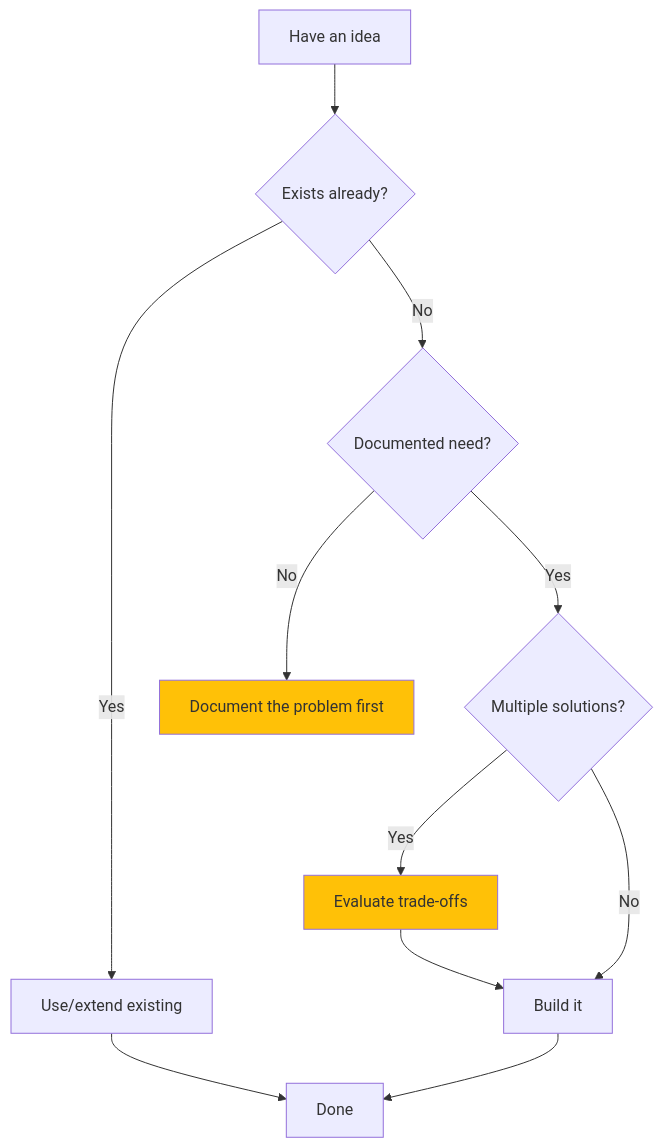
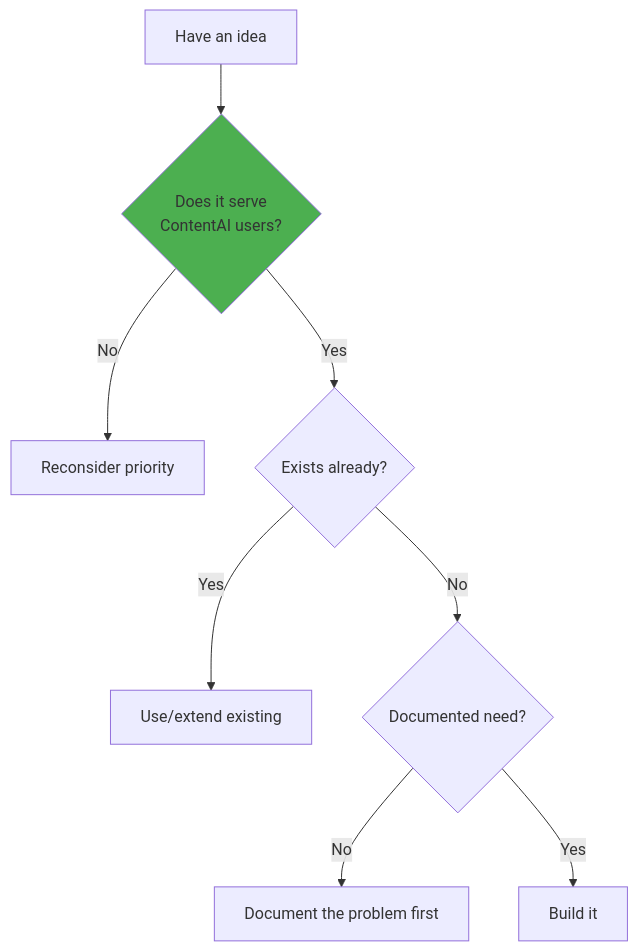
One commit to PearlThoughtsInternship/Internship-Obsidian-Vault changed the fifth of 9 diagrams in DevOps/04-Internship/04-Your-Role.md. Above: the diagram before and after it, drawn with Mermaid. The commit also changed other lines of this file and 4 other files, not shown here.

````diff
--- a/DevOps/04-Internship/04-Your-Role.md
+++ b/DevOps/04-Internship/04-Your-Role.md
@@ -215,16 +183,12 @@
 ```mermaid
 flowchart TD
-    A["Have an idea"] --> B{"Exists already?"}
-    B -->|"Yes"| C["Use/extend existing"]
-    B -->|"No"| D{"Documented need?"}
-    D -->|"No"| E["Document the problem first"]
-    D -->|"Yes"| F{"Multiple solutions?"}
-    F -->|"Yes"| G["Evaluate trade-offs"]
-    F -->|"No"| H["Build it"]
-    G --> H
-    C --> I["Done"]
-    H --> I
+    A["Have an idea"] --> B{"Does it serve<br/>ContentAI users?"}
+    B -->|"No"| C["Reconsider priority"]
+    B -->|"Yes"| D{"Exists already?"}
+    D -->|"Yes"| E["Use/extend existing"]
+    D -->|"No"| F{"Documented need?"}
+    F -->|"No"| G["Document the problem first"]
+    F -->|"Yes"| H["Build it"]
 
-    style E fill:#FFC107
-    style G fill:#FFC107
+    style B fill:#4CAF50
 ```
````
